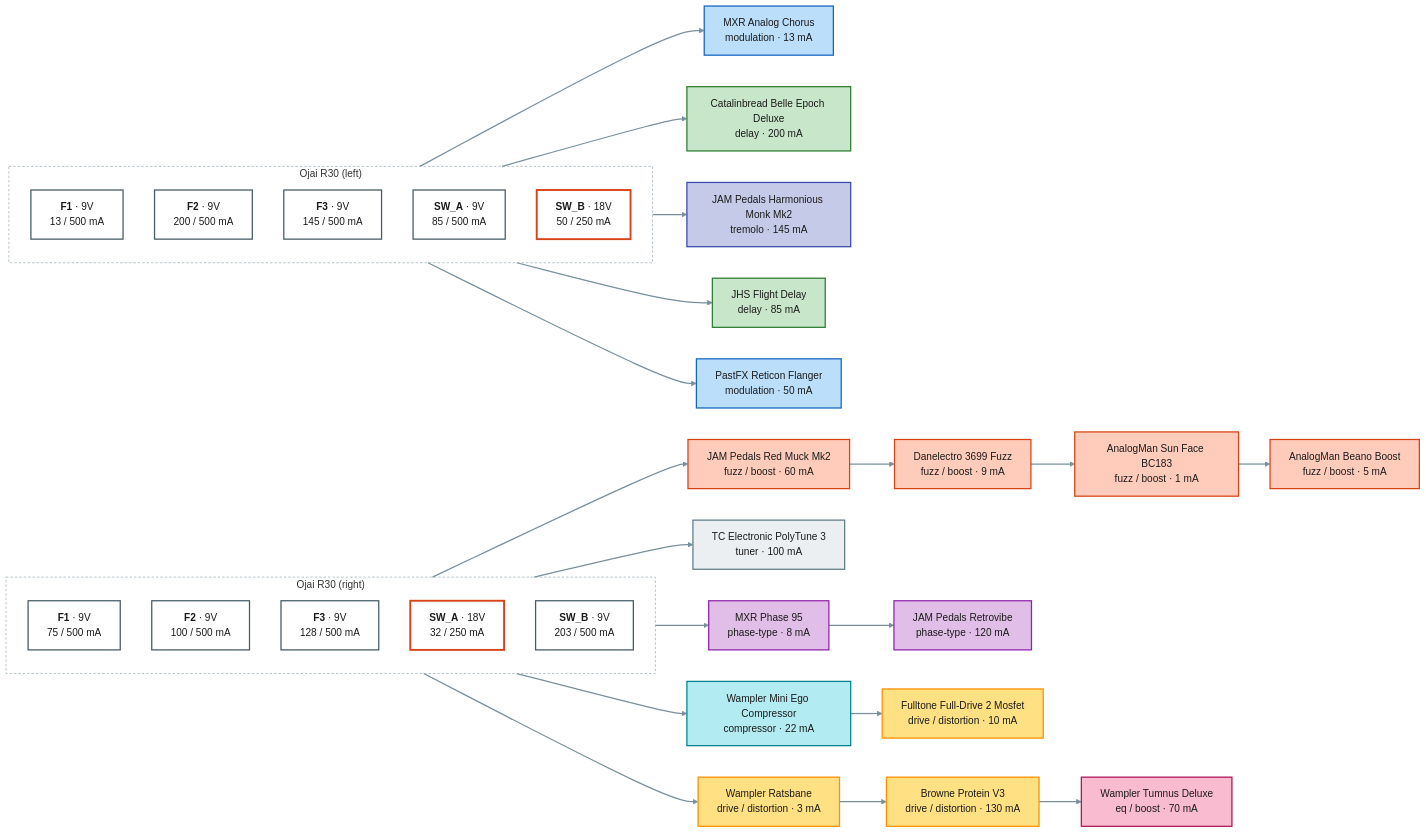
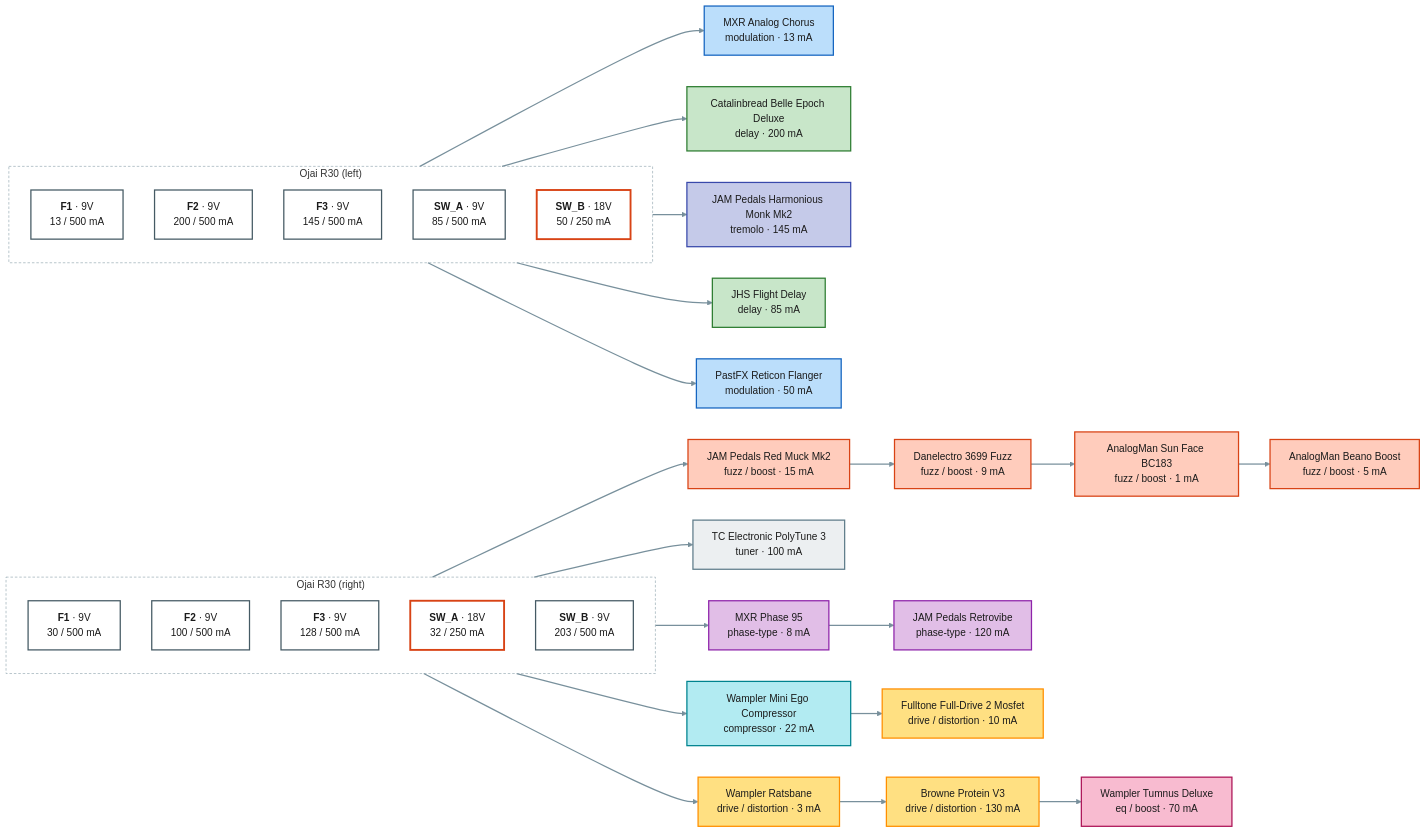
The second of 2 diagrams in projects/guitar-gig/README.md (pedroacvieira/pedalboard), drawn with Mermaid before and after one commit. The commit also changed other lines of this file and 8 other files, not shown here.

````diff
--- a/projects/guitar-gig/README.md
+++ b/projects/guitar-gig/README.md
@@ -148,68 +148,68 @@
 ```mermaid
 flowchart LR
     subgraph psu1["Ojai R30 (left)"]
         direction TB
         psu1_F1["<b>F1</b> · 9V<br/>13 / 500 mA"]:::out9
         psu1_F2["<b>F2</b> · 9V<br/>200 / 500 mA"]:::out9
         psu1_F3["<b>F3</b> · 9V<br/>145 / 500 mA"]:::out9
         psu1_SW_A["<b>SW_A</b> · 9V<br/>85 / 500 mA"]:::out9
         psu1_SW_B["<b>SW_B</b> · 18V<br/>50 / 250 mA"]:::out18
     end
     subgraph psu2["Ojai R30 (right)"]
         direction TB
-        psu2_F1["<b>F1</b> · 9V<br/>75 / 500 mA"]:::out9
+        psu2_F1["<b>F1</b> · 9V<br/>30 / 500 mA"]:::out9
         psu2_F2["<b>F2</b> · 9V<br/>100 / 500 mA"]:::out9
         psu2_F3["<b>F3</b> · 9V<br/>128 / 500 mA"]:::out9
         psu2_SW_A["<b>SW_A</b> · 18V<br/>32 / 250 mA"]:::out18
         psu2_SW_B["<b>SW_B</b> · 9V<br/>203 / 500 mA"]:::out9
     end
     analog_chorus["MXR Analog Chorus<br/>modulation · 13 mA"]:::c_modulation
     belle_epoch["Catalinbread Belle Epoch Deluxe<br/>delay · 200 mA"]:::c_delay
     monk["JAM Pedals Harmonious Monk Mk2<br/>tremolo · 145 mA"]:::c_tremolo
     flight_delay["JHS Flight Delay<br/>delay · 85 mA"]:::c_delay
     reticon["PastFX Reticon Flanger<br/>modulation · 50 mA"]:::c_modulation
-    red_muck["JAM Pedals Red Muck Mk2<br/>fuzz / boost · 60 mA"]:::c_fuzz___boost
+    red_muck["JAM Pedals Red Muck Mk2<br/>fuzz / boost · 15 mA"]:::c_fuzz___boost
     danelectro_3699["Danelectro 3699 Fuzz<br/>fuzz / boost · 9 mA"]:::c_fuzz___boost
     sun_face["AnalogMan Sun Face BC183<br/>fuzz / boost · 1 mA"]:::c_fuzz___boost
     beano["AnalogMan Beano Boost<br/>fuzz / boost · 5 mA"]:::c_fuzz___boost
     polytune_3["TC Electronic PolyTune 3<br/>tuner · 100 mA"]:::c_tuner
     phase_95["MXR Phase 95<br/>phase-type · 8 mA"]:::c_phase_type
     retrovibe["JAM Pedals Retrovibe<br/>phase-type · 120 mA"]:::c_phase_type
     mini_ego["Wampler Mini Ego Compressor<br/>compressor · 22 mA"]:::c_compressor
     fulldrive_2["Fulltone Full-Drive 2 Mosfet<br/>drive / distortion · 10 mA"]:::c_drive___distortion
     ratsbane["Wampler Ratsbane<br/>drive / distortion · 3 mA"]:::c_drive___distortion
     protein["Browne Protein V3<br/>drive / distortion · 130 mA"]:::c_drive___distortion
     tumnus_deluxe["Wampler Tumnus Deluxe<br/>eq / boost · 70 mA"]:::c_eq___boost
     psu1_F1 --> analog_chorus
     psu1_F2 --> belle_epoch
     psu1_F3 --> monk
     psu1_SW_A --> flight_delay
     psu1_SW_B --> reticon
     psu2_F1 --> red_muck
     red_muck --> danelectro_3699
     danelectro_3699 --> sun_face
     sun_face --> beano
     psu2_F2 --> polytune_3
     psu2_F3 --> phase_95
     phase_95 --> retrovibe
     psu2_SW_A --> mini_ego
     mini_ego --> fulldrive_2
     psu2_SW_B --> ratsbane
     ratsbane --> protein
     protein --> tumnus_deluxe
     classDef out9 fill:#ffffff,stroke:#455a64,stroke-width:2px,color:#1b1b1b
     classDef out18 fill:#ffffff,stroke:#d84315,stroke-width:3px,color:#1b1b1b
     classDef spare fill:#fafafa,stroke:#9e9e9e,stroke-dasharray:4 3,color:#757575
     classDef c_tuner fill:#eceff1,stroke:#607d8b,stroke-width:2px,color:#1b1b1b
     classDef c_compressor fill:#b2ebf2,stroke:#00838f,stroke-width:2px,color:#1b1b1b
     classDef c_fuzz___boost fill:#ffccbc,stroke:#d84315,stroke-width:2px,color:#1b1b1b
     classDef c_drive___distortion fill:#ffe082,stroke:#ff8f00,stroke-width:2px,color:#1b1b1b
     classDef c_phase_type fill:#e1bee7,stroke:#8e24aa,stroke-width:2px,color:#1b1b1b
     classDef c_modulation fill:#bbdefb,stroke:#1565c0,stroke-width:2px,color:#1b1b1b
     classDef c_tremolo fill:#c5cae9,stroke:#3949ab,stroke-width:2px,color:#1b1b1b
     classDef c_delay fill:#c8e6c9,stroke:#2e7d32,stroke-width:2px,color:#1b1b1b
     classDef c_eq___boost fill:#f8bbd0,stroke:#ad1457,stroke-width:2px,color:#1b1b1b
     style psu1 fill:none,stroke:#90a4ae,stroke-dasharray:4 3
     style psu2 fill:none,stroke:#90a4ae,stroke-dasharray:4 3
     linkStyle default stroke:#78909c,stroke-width:2px
 ```
````
